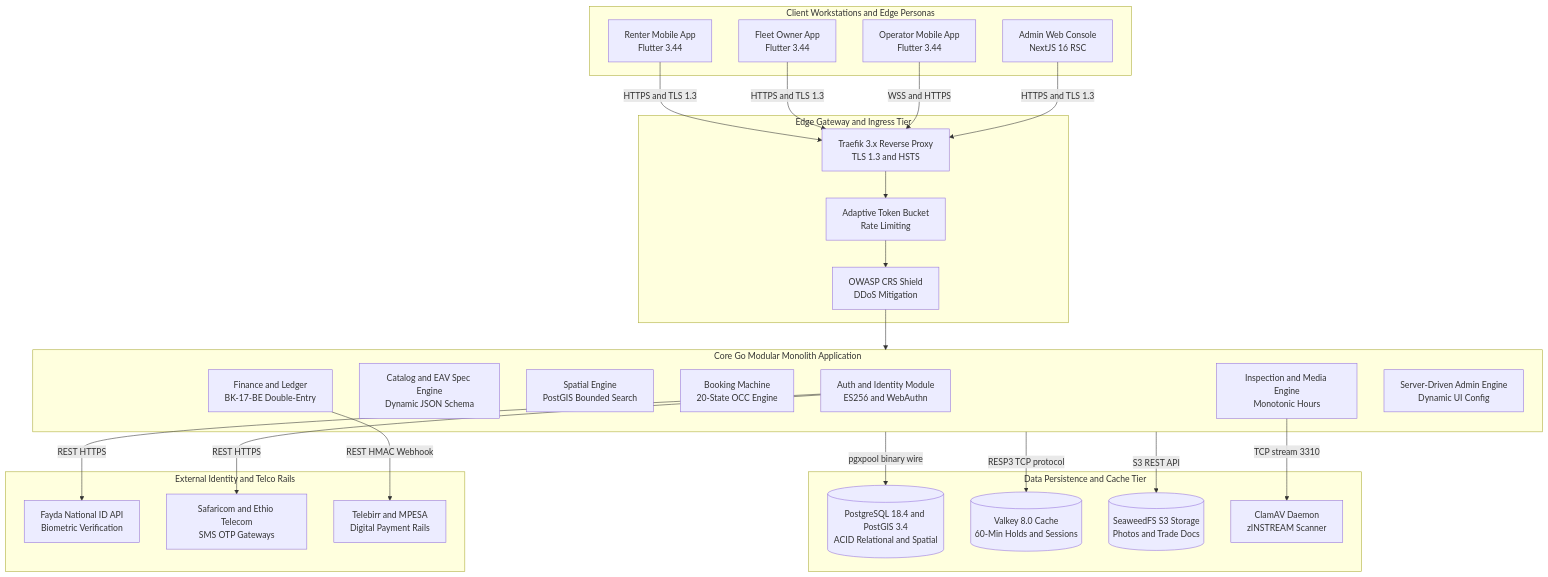
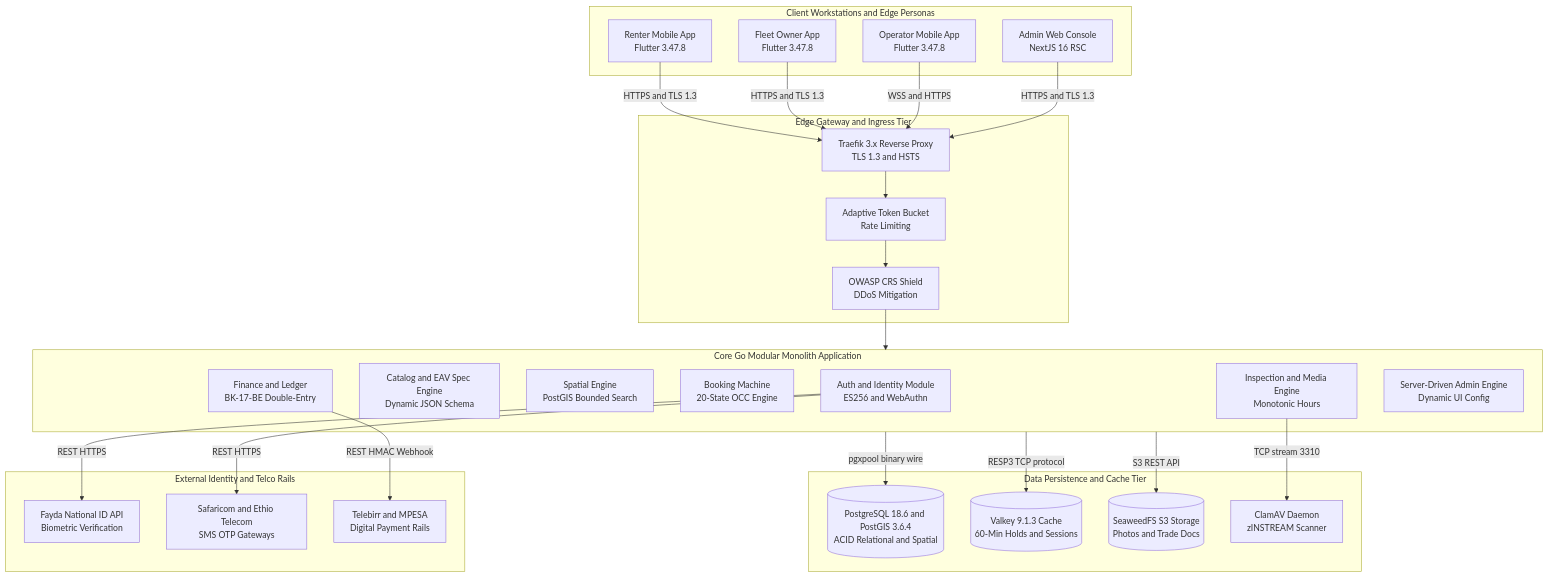
Before and after one commit to YDink/Heavy-Machinery-Logistics-Rental: the second of 10 diagrams in docs/shared/architecture/03-system-architecture-overview.md, drawn with Mermaid. The commit also changed other lines of this file and 212 other files, not shown here.

````diff
--- a/docs/shared/architecture/03-system-architecture-overview.md
+++ b/docs/shared/architecture/03-system-architecture-overview.md
@@ -71,56 +71,56 @@
 ```mermaid
 flowchart TD
     subgraph Clients [Client Workstations and Edge Personas]
-        RenterApp["Renter Mobile App<br/>Flutter 3.44"]
-        OwnerApp["Fleet Owner App<br/>Flutter 3.44"]
-        OperatorApp["Operator Mobile App<br/>Flutter 3.44"]
+        RenterApp["Renter Mobile App<br/>Flutter 3.47.8"]
+        OwnerApp["Fleet Owner App<br/>Flutter 3.47.8"]
+        OperatorApp["Operator Mobile App<br/>Flutter 3.47.8"]
         AdminWeb["Admin Web Console<br/>NextJS 16 RSC"]
     end
 
     subgraph EdgeGateway [Edge Gateway and Ingress Tier]
         Traefik["Traefik 3.x Reverse Proxy<br/>TLS 1.3 and HSTS"]
         RateLimiter["Adaptive Token Bucket<br/>Rate Limiting"]
         WAF["OWASP CRS Shield<br/>DDoS Mitigation"]
     end
 
     subgraph CoreEngine [Core Go Modular Monolith Application]
         AuthModule["Auth and Identity Module<br/>ES256 and WebAuthn"]
         CatalogModule["Catalog and EAV Spec Engine<br/>Dynamic JSON Schema"]
         GeoModule["Spatial Engine<br/>PostGIS Bounded Search"]
         BookingModule["Booking Machine<br/>20-State OCC Engine"]
         FinanceModule["Finance and Ledger<br/>BK-17-BE Double-Entry"]
         InspectModule["Inspection and Media Engine<br/>Monotonic Hours"]
         AdminUIModule["Server-Driven Admin Engine<br/>Dynamic UI Config"]
     end
 
     subgraph Persistence [Data Persistence and Cache Tier]
-        PostgreSQL[("PostgreSQL 18.4 and PostGIS 3.4<br/>ACID Relational and Spatial")]
-        ValkeyCluster[("Valkey 8.0 Cache<br/>60-Min Holds and Sessions")]
+        PostgreSQL[("PostgreSQL 18.6 and PostGIS 3.6.4<br/>ACID Relational and Spatial")]
+        ValkeyCluster[("Valkey 9.1.3 Cache<br/>60-Min Holds and Sessions")]
         SeaweedStorage[("SeaweedFS S3 Storage<br/>Photos and Trade Docs")]
         ClamAVScanner["ClamAV Daemon<br/>zINSTREAM Scanner"]
     end
 
     subgraph ExternalServices [External Identity and Telco Rails]
         FaydaNID["Fayda National ID API<br/>Biometric Verification"]
         TelcoSMS["Safaricom and Ethio Telecom<br/>SMS OTP Gateways"]
         MobileMoney["Telebirr and MPESA<br/>Digital Payment Rails"]
     end
 
     RenterApp -->|HTTPS and TLS 1.3| Traefik
     OwnerApp -->|HTTPS and TLS 1.3| Traefik
     OperatorApp -->|WSS and HTTPS| Traefik
     AdminWeb -->|HTTPS and TLS 1.3| Traefik
 
     Traefik --> RateLimiter
     RateLimiter --> WAF
     WAF --> CoreEngine
 
     CoreEngine -->|pgxpool binary wire| PostgreSQL
     CoreEngine -->|RESP3 TCP protocol| ValkeyCluster
     CoreEngine -->|S3 REST API| SeaweedStorage
     InspectModule -->|TCP stream 3310| ClamAVScanner
 
     AuthModule -->|REST HTTPS| FaydaNID
     AuthModule -->|REST HTTPS| TelcoSMS
     FinanceModule -->|REST HMAC Webhook| MobileMoney
 ```
````
